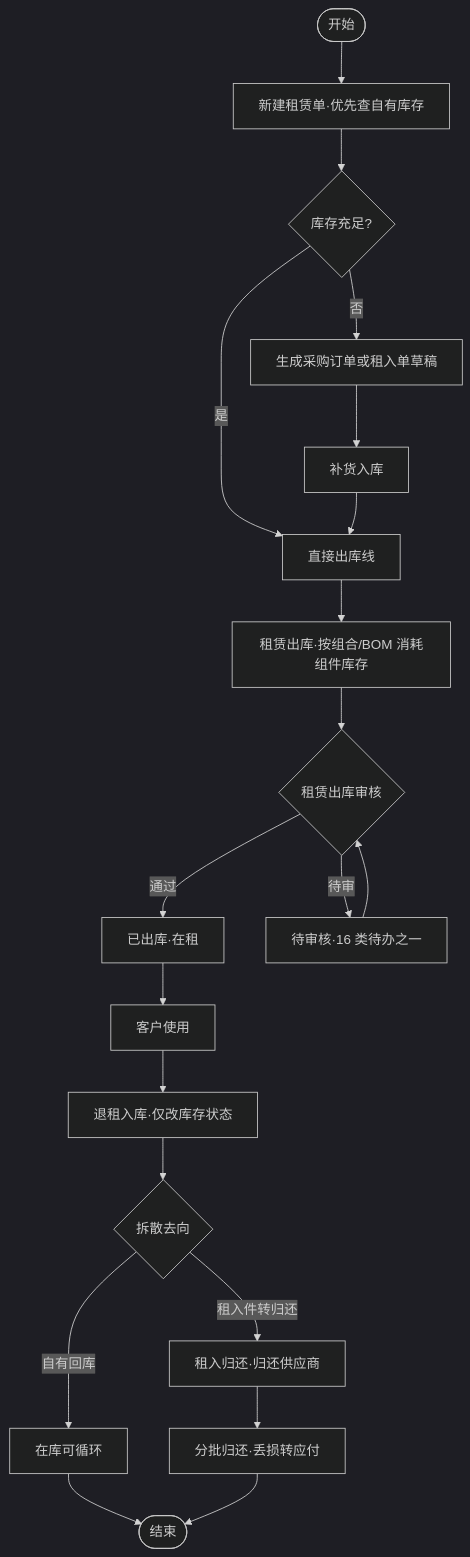
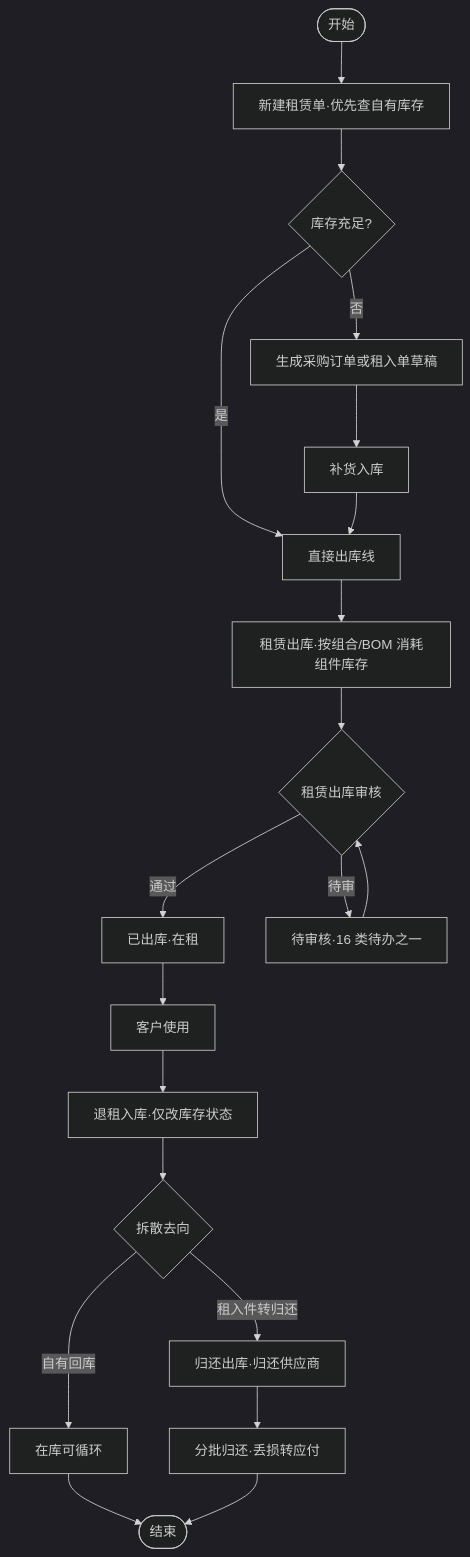
Before and after one commit to lyuxiaohei/auto-parts-rental: the third of 12 diagrams in P2-R01-产品需求文档.md, drawn with Mermaid (dark theme). The commit also changed other lines of this file and 289 other files, not shown here.

````diff
--- a/P2-R01-产品需求文档.md
+++ b/P2-R01-产品需求文档.md
@@ -368,22 +368,22 @@
 ```mermaid
 flowchart TD
     A([开始]) --> B[新建租赁单·优先查自有库存]
     B --> C{库存充足?}
     C -->|是| D[直接出库线]
     C -->|否| E[生成采购订单或租入单草稿]
     E --> F[补货入库]
     F --> D
     D --> G[租赁出库·按组合/BOM 消耗组件库存]
     G --> H{租赁出库审核}
     H -->|通过| I[已出库·在租]
     H -->|待审| J[待审核·16 类待办之一]
     J --> H
     I --> K[客户使用]
     K --> L[退租入库·仅改库存状态]
     L --> M{拆散去向}
     M -->|自有回库| N[在库可循环]
-    M -->|租入件转归还| O[租入归还·归还供应商]
+    M -->|租入件转归还| O[归还出库·归还供应商]
     O --> P[分批归还·丢损转应付]
     N --> Q([结束])
     P --> Q
 ```
````
